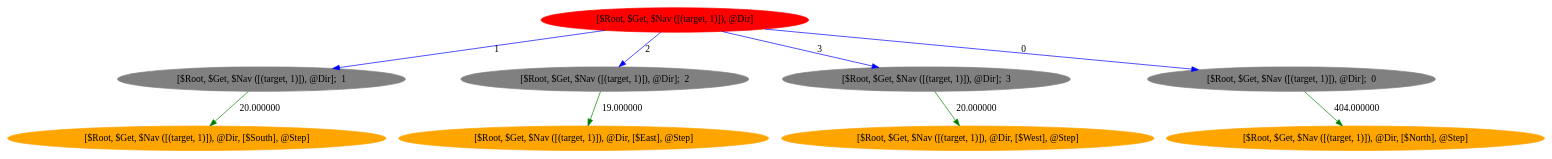
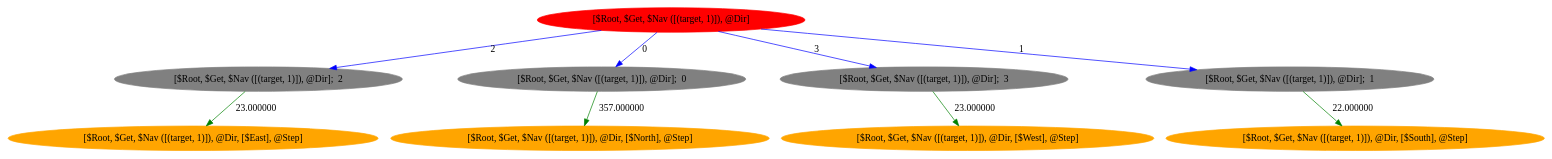
The diagram in data/hierarchicalfsm-int_(1, 0, 0, 1)_transitions.dot (aijunbai/taxi), drawn with Graphviz before and after one commit. The commit also changed 38 other files, not shown here.

```diff
--- a/data/hierarchicalfsm-int_(1, 0, 0, 1)_transitions.dot
+++ b/data/hierarchicalfsm-int_(1, 0, 0, 1)_transitions.dot
@@ -1,21 +1,21 @@
 Digraph "" {
 ratio=fill
 node [style=filled];
 	1 [label="[$Root, $Get, $Nav ([(target, 1)]), @Dir]"][color="red"];
-	2 [label="[$Root, $Get, $Nav ([(target, 1)]), @Dir];  1"][color="gray"];
-	3 [label="[$Root, $Get, $Nav ([(target, 1)]), @Dir, [$South], @Step]"][color="orange"];
-	4 [label="[$Root, $Get, $Nav ([(target, 1)]), @Dir];  2"][color="gray"];
-	5 [label="[$Root, $Get, $Nav ([(target, 1)]), @Dir, [$East], @Step]"][color="orange"];
+	2 [label="[$Root, $Get, $Nav ([(target, 1)]), @Dir];  2"][color="gray"];
+	3 [label="[$Root, $Get, $Nav ([(target, 1)]), @Dir, [$East], @Step]"][color="orange"];
+	4 [label="[$Root, $Get, $Nav ([(target, 1)]), @Dir];  0"][color="gray"];
+	5 [label="[$Root, $Get, $Nav ([(target, 1)]), @Dir, [$North], @Step]"][color="orange"];
 	6 [label="[$Root, $Get, $Nav ([(target, 1)]), @Dir];  3"][color="gray"];
 	7 [label="[$Root, $Get, $Nav ([(target, 1)]), @Dir, [$West], @Step]"][color="orange"];
-	8 [label="[$Root, $Get, $Nav ([(target, 1)]), @Dir];  0"][color="gray"];
-	9 [label="[$Root, $Get, $Nav ([(target, 1)]), @Dir, [$North], @Step]"][color="orange"];
-	1 -> 8 [color="blue"][label="0"];
+	8 [label="[$Root, $Get, $Nav ([(target, 1)]), @Dir];  1"][color="gray"];
+	9 [label="[$Root, $Get, $Nav ([(target, 1)]), @Dir, [$South], @Step]"][color="orange"];
+	1 -> 8 [color="blue"][label="1"];
 	1 -> 6 [color="blue"][label="3"];
-	1 -> 4 [color="blue"][label="2"];
-	1 -> 2 [color="blue"][label="1"];
-	2 -> 3 [color="green"][label="20.000000"];
-	4 -> 5 [color="green"][label="19.000000"];
-	6 -> 7 [color="green"][label="20.000000"];
-	8 -> 9 [color="green"][label="404.000000"];
+	1 -> 4 [color="blue"][label="0"];
+	1 -> 2 [color="blue"][label="2"];
+	2 -> 3 [color="green"][label="23.000000"];
+	4 -> 5 [color="green"][label="357.000000"];
+	6 -> 7 [color="green"][label="23.000000"];
+	8 -> 9 [color="green"][label="22.000000"];
 }
```
